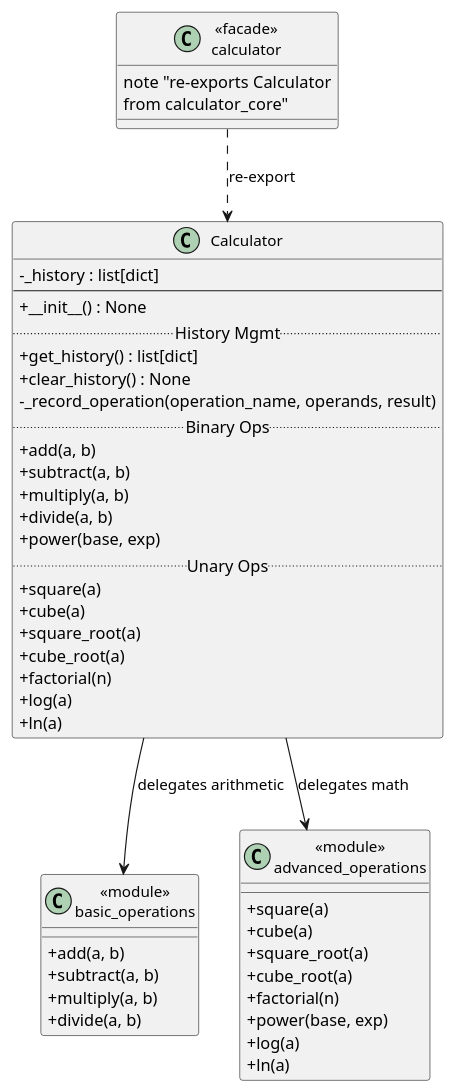
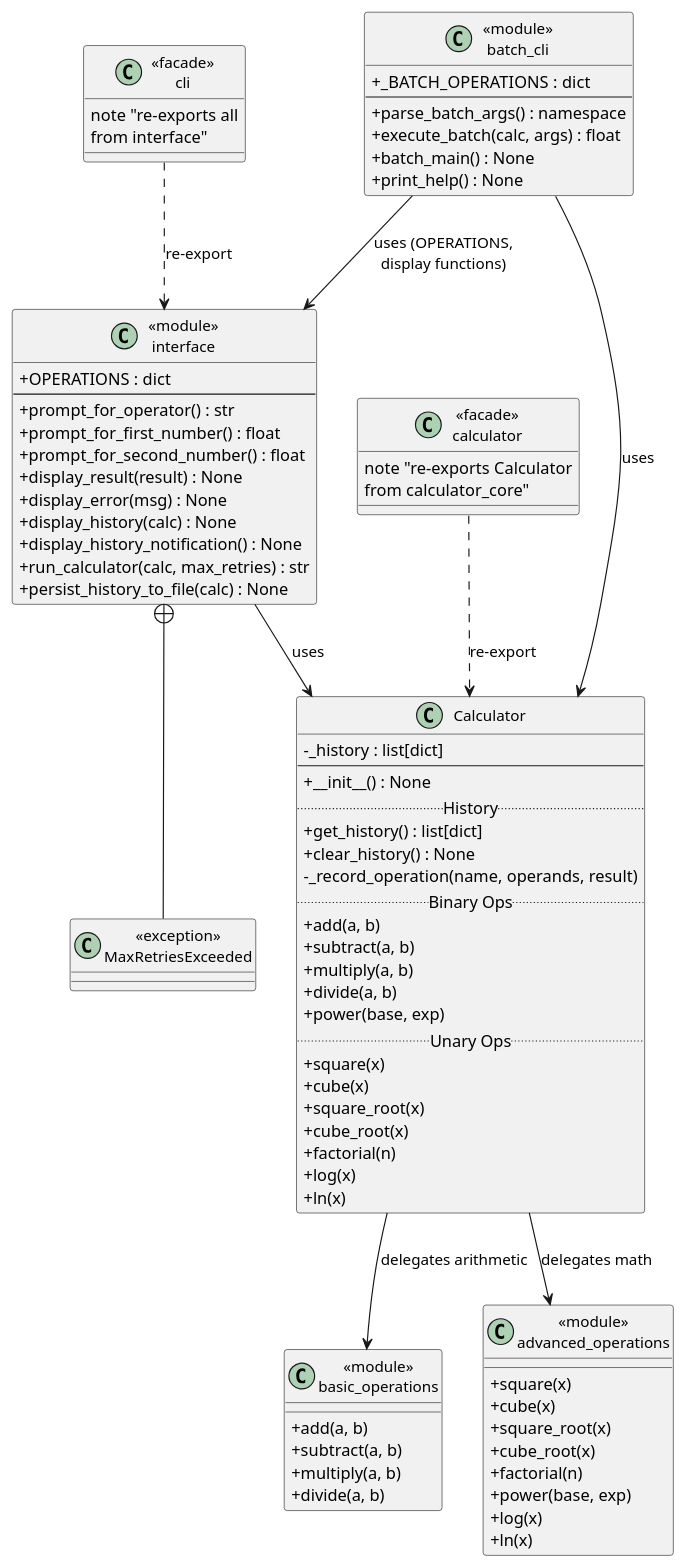
The diagram in artifacts/class_diagram_core.puml (DanielRiha8906/Calculator_bachelor_autoevolution_team), drawn with PlantUML before and after one commit. The commit also changed 3 other files, not shown here.

Commit message:
add PlantUML diagrams for calculator architecture

```diff
--- a/artifacts/class_diagram_core.puml
+++ b/artifacts/class_diagram_core.puml
@@ -1,57 +1,95 @@
 @startuml class_diagram_core
 
 skinparam classAttributeIconSize 0
 skinparam classFontSize 13
 skinparam packageFontSize 11
 
 class Calculator {
   - _history : list[dict]
   --
   + __init__() : None
-  .. History Mgmt ..
+  .. History ..
   + get_history() : list[dict]
   + clear_history() : None
-  - _record_operation(operation_name, operands, result)
+  - _record_operation(name, operands, result)
   .. Binary Ops ..
   + add(a, b)
   + subtract(a, b)
   + multiply(a, b)
   + divide(a, b)
   + power(base, exp)
   .. Unary Ops ..
-  + square(a)
-  + cube(a)
-  + square_root(a)
-  + cube_root(a)
+  + square(x)
+  + cube(x)
+  + square_root(x)
+  + cube_root(x)
   + factorial(n)
-  + log(a)
-  + ln(a)
+  + log(x)
+  + ln(x)
 }
 
 class "«module»\nbasic_operations" as basic_ops {
   + add(a, b)
   + subtract(a, b)
   + multiply(a, b)
   + divide(a, b)
 }
 
 class "«module»\nadvanced_operations" as advanced_ops {
-  + square(a)
-  + cube(a)
-  + square_root(a)
-  + cube_root(a)
+  + square(x)
+  + cube(x)
+  + square_root(x)
+  + cube_root(x)
   + factorial(n)
   + power(base, exp)
-  + log(a)
-  + ln(a)
+  + log(x)
+  + ln(x)
 }
 
-class "«facade»\ncalculator" as facade {
+class "«module»\ninterface" as interface_mod {
+  + OPERATIONS : dict
+  --
+  + prompt_for_operator() : str
+  + prompt_for_first_number() : float
+  + prompt_for_second_number() : float
+  + display_result(result) : None
+  + display_error(msg) : None
+  + display_history(calc) : None
+  + display_history_notification() : None
+  + run_calculator(calc, max_retries) : str
+  + persist_history_to_file(calc) : None
+}
+
+class "«exception»\nMaxRetriesExceeded" as max_retries_exc {
+}
+
+class "«module»\nbatch_cli" as batch_cli_mod {
+  + _BATCH_OPERATIONS : dict
+  --
+  + parse_batch_args() : namespace
+  + execute_batch(calc, args) : float
+  + batch_main() : None
+  + print_help() : None
+}
+
+class "«facade»\ncalculator" as calc_facade {
   note "re-exports Calculator\nfrom calculator_core"
+}
+
+class "«facade»\ncli" as cli_facade {
+  note "re-exports all\nfrom interface"
 }
 
 Calculator --> basic_ops : delegates arithmetic
 Calculator --> advanced_ops : delegates math
-facade ..> Calculator : re-export
+
+interface_mod --> Calculator : uses
+interface_mod +-- max_retries_exc
+
+batch_cli_mod --> Calculator : uses
+batch_cli_mod --> interface_mod : uses (OPERATIONS,\ndisplay functions)
+
+calc_facade ..> Calculator : re-export
+cli_facade ..> interface_mod : re-export
 
 @enduml
```
